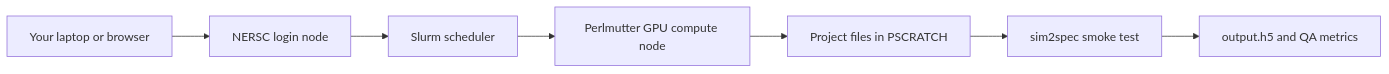
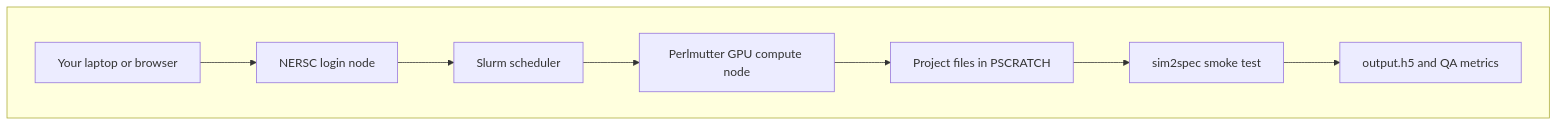
Before and after one commit to madantimalsina/sim2spec: the diagram in Project_1_ReadMe.md, drawn with Mermaid.

````diff
--- a/Project_1_ReadMe.md
+++ b/Project_1_ReadMe.md
@@ -16,9 +16,12 @@
 ```mermaid
 flowchart LR
-    A[Your laptop or browser] --> B[NERSC login node]
-    B --> C[Slurm scheduler]
-    C --> D[Perlmutter GPU compute node]
-    D --> E[Project files in PSCRATCH]
-    E --> F[sim2spec smoke test]
-    F --> G[output.h5 and QA metrics]
+    subgraph row1[" "]
+        direction LR
+        A[Your laptop or browser] --> B[NERSC login node]
+        B --> C[Slurm scheduler]
+        C --> D[Perlmutter GPU compute node]
+        D --> E[Project files in PSCRATCH]
+        E --> F[sim2spec smoke test]
+        F --> G[output.h5 and QA metrics]
+    end
 ```
````
